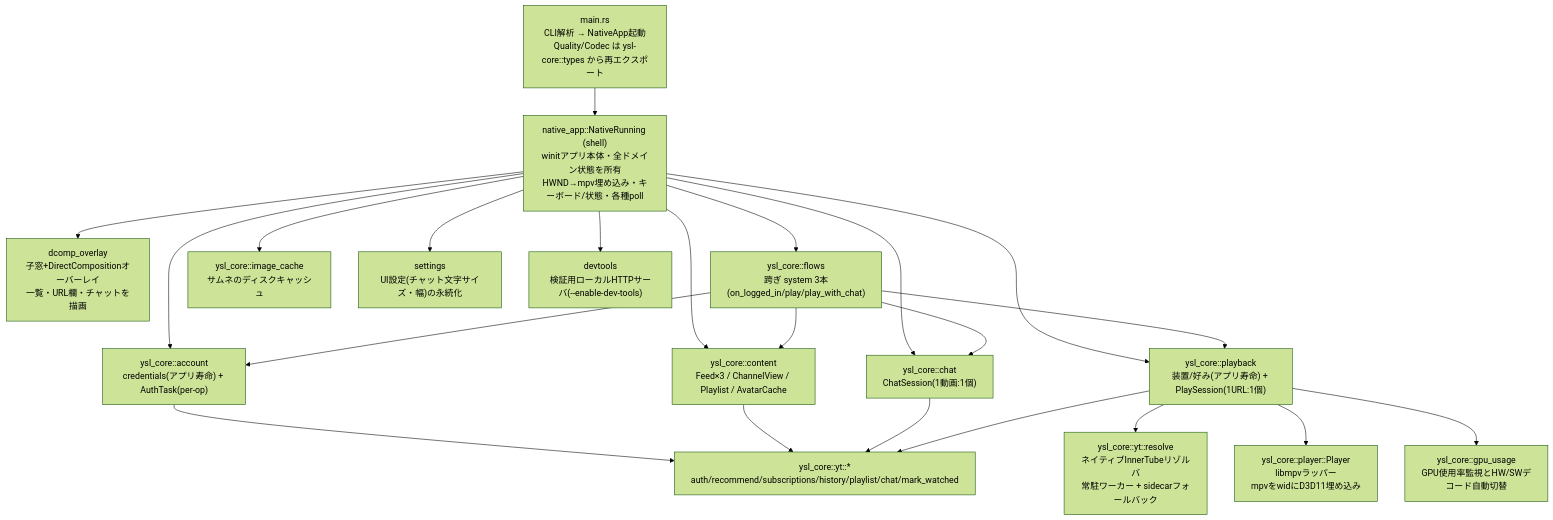
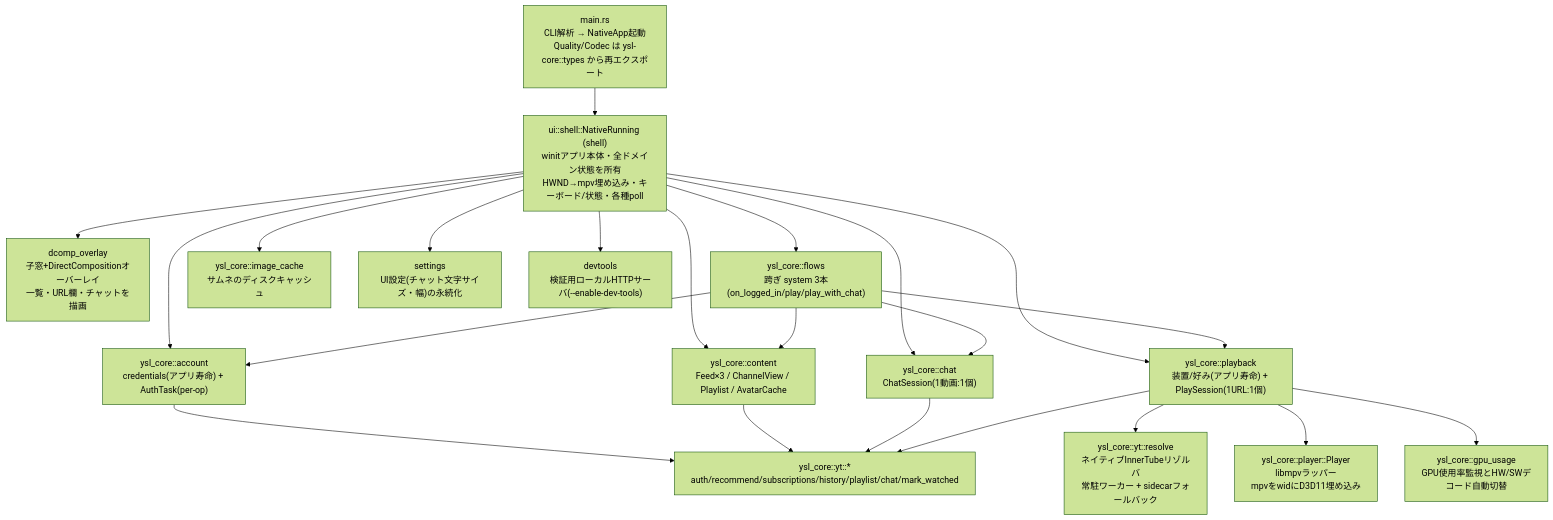
The diagram in docs/design/architecture-overview.md (cancer/youtube-super-lite), drawn with Mermaid (forest theme) before and after one commit. The commit also changed other lines of this file and 8 other files, not shown here.

First line of the commit message:
refactor(ui): PR U — native_app.rs を src/ui/{shell,actions,present} に分割

````diff
--- a/docs/design/architecture-overview.md
+++ b/docs/design/architecture-overview.md
@@ -7,28 +7,28 @@
 ```mermaid
 graph TD
     main["main.rs<br/>CLI解析 → NativeApp起動<br/>Quality/Codec は ysl-core::types から再エクスポート"]
-    native_app["native_app::NativeRunning (shell)<br/>winitアプリ本体・全ドメイン状態を所有<br/>HWND→mpv埋め込み・キーボード/状態・各種poll"]
+    ui_shell["ui::shell::NativeRunning (shell)<br/>winitアプリ本体・全ドメイン状態を所有<br/>HWND→mpv埋め込み・キーボード/状態・各種poll"]
     overlay["dcomp_overlay<br/>子窓+DirectCompositionオーバーレイ<br/>一覧・URL欄・チャットを描画"]
     flows["ysl_core::flows<br/>跨ぎ system 3本(on_logged_in/play/play_with_chat)"]
     account["ysl_core::account<br/>credentials(アプリ寿命) + AuthTask(per-op)"]
     playback["ysl_core::playback<br/>装置/好み(アプリ寿命) + PlaySession(1URL:1個)"]
     content["ysl_core::content<br/>Feed×3 / ChannelView / Playlist / AvatarCache"]
     chat["ysl_core::chat<br/>ChatSession(1動画:1個)"]
     player["ysl_core::player::Player<br/>libmpvラッパー<br/>mpvをwidにD3D11埋め込み"]
     resolve["ysl_core::yt::resolve<br/>ネイティブInnerTubeリゾルバ<br/>常駐ワーカー + sidecarフォールバック"]
     yt["ysl_core::yt::*<br/>auth/recommend/subscriptions/history/playlist/chat/mark_watched"]
     image_cache["ysl_core::image_cache<br/>サムネのディスクキャッシュ"]
     settings["settings<br/>UI設定(チャット文字サイズ・幅)の永続化"]
     gpu_usage["ysl_core::gpu_usage<br/>GPU使用率監視とHW/SWデコード自動切替"]
     devtools["devtools<br/>検証用ローカルHTTPサーバ(--enable-dev-tools)"]
 
-    main --> native_app
-    native_app --> overlay
-    native_app --> devtools
-    native_app --> flows & account & playback & content & chat
+    main --> ui_shell
+    ui_shell --> overlay
+    ui_shell --> devtools
+    ui_shell --> flows & account & playback & content & chat
     flows --> account & playback & content & chat
     playback --> resolve & player & gpu_usage
     account & content & chat --> yt
     playback --> yt
-    native_app --> image_cache & settings
+    ui_shell --> image_cache & settings
 ```
````
